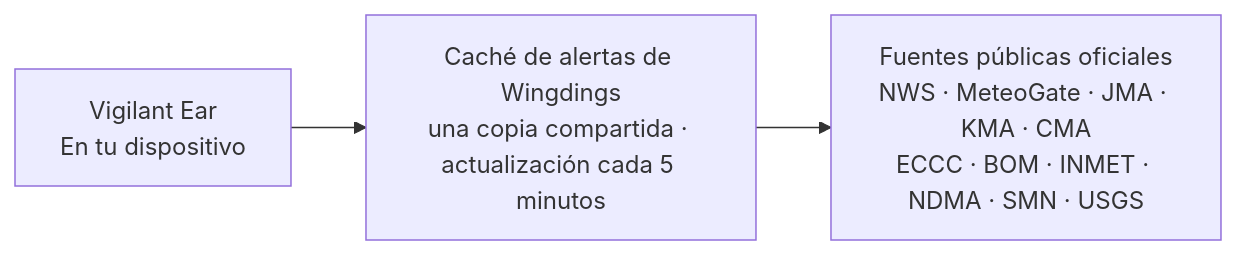
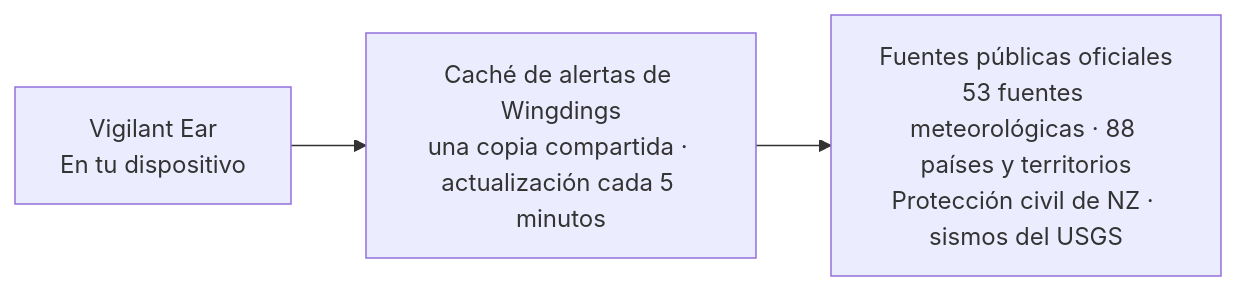
One commit to rpalm01-star/VigilantEarLegal changed the fourth of 4 diagrams in README_es.md. Above: the diagram before and after it, drawn with Mermaid. The commit also changed other lines of this file and 44 other files, not shown here.

````diff
--- a/README_es.md
+++ b/README_es.md
@@ -171,5 +171,5 @@
 ```mermaid
 graph LR
     P1["Vigilant Ear<br/>En tu dispositivo"] --> W["Caché de alertas de Wingdings<br/>una copia compartida · actualización cada 5 minutos"]
-    W --> N["Fuentes públicas oficiales<br/>NWS · MeteoGate · JMA · KMA · CMA<br/>ECCC · BOM · INMET · NDMA · SMN · USGS"]
+    W --> N["Fuentes públicas oficiales<br/>53 fuentes meteorológicas · 88 países y territorios<br/>Protección civil de NZ · sismos del USGS"]
 ```
````
